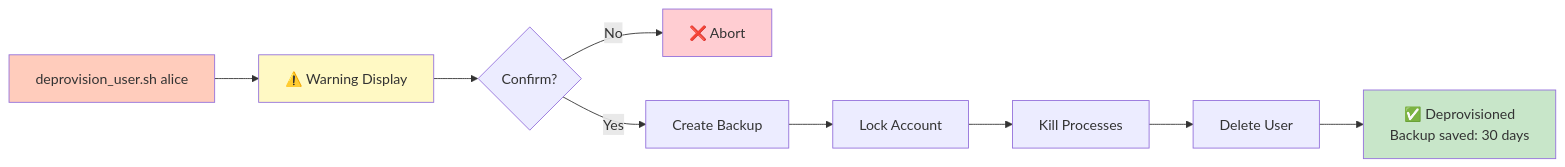
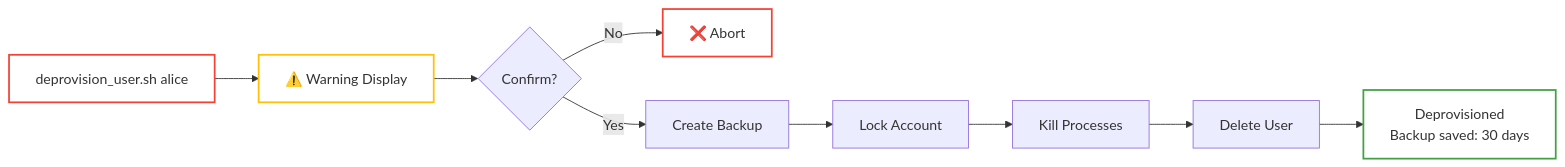
The seventh of 7 diagrams in docs/architecture.md (aaronwittchen/Automated-Storage-Provisioning-Tool), drawn with Mermaid before and after one commit. The commit also changed other lines of this file and 5 other files, not shown here.

````diff
--- a/docs/architecture.md
+++ b/docs/architecture.md
@@ -378,16 +370,16 @@
 ```mermaid
 graph LR
     A["deprovision_user.sh alice"] --> B["⚠️ Warning Display"]
     B --> C{Confirm?}
     C -->|No| D["❌ Abort"]
     C -->|Yes| E["Create Backup"]
     E --> F["Lock Account"]
     F --> G["Kill Processes"]
     G --> H["Delete User"]
-    H --> I["✅ Deprovisioned<br/>Backup saved: 30 days"]
+    H --> I["Deprovisioned<br/>Backup saved: 30 days"]
     
-    style A fill:#ffccbc
-    style B fill:#fff9c4
-    style I fill:#c8e6c9
-    style D fill:#ffcdd2
+    style A stroke:#f44336,stroke-width:2px,fill:none
+    style B stroke:#ffc107,stroke-width:2px,fill:none
+    style I stroke:#43a047,stroke-width:2px,fill:none
+    style D stroke:#f44336,stroke-width:2px,fill:none
 ```
````
